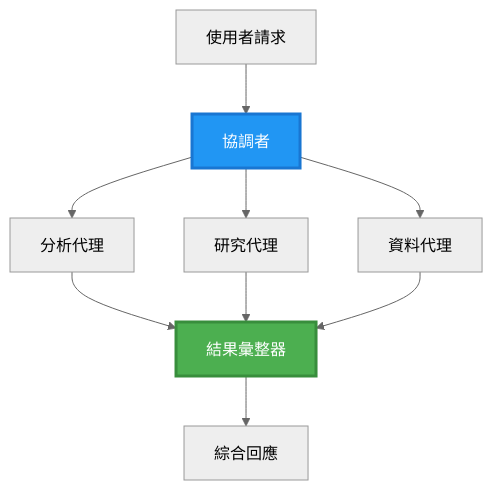
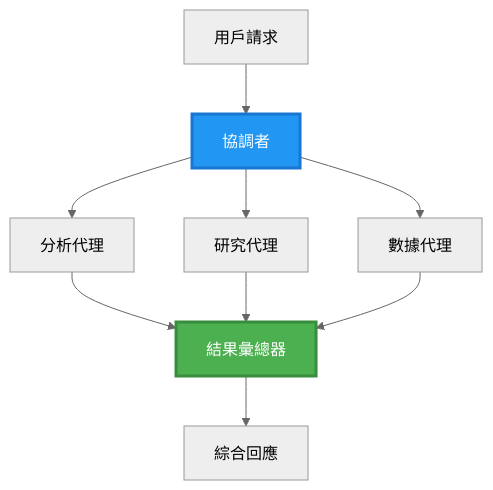
Before and after one commit to microsoft/AZD-for-beginners: the second of 6 diagrams in translations/zh-HK/docs/chapter-06-pre-deployment/coordination-patterns.md, drawn with Mermaid (neutral theme). The commit also changed other lines of this file and 101 other files, not shown here.

````diff
--- a/translations/zh-HK/docs/chapter-06-pre-deployment/coordination-patterns.md
+++ b/translations/zh-HK/docs/chapter-06-pre-deployment/coordination-patterns.md
@@ -106,22 +100,22 @@
 ```mermaid
 graph TB
-    User[使用者請求]
+    User[用戶請求]
     Orchestrator[協調者]
     Agent1[分析代理]
     Agent2[研究代理]
-    Agent3[資料代理]
-    Aggregator[結果彙整器]
+    Agent3[數據代理]
+    Aggregator[結果彙總器]
     Response[綜合回應]
     
     User --> Orchestrator
     Orchestrator --> Agent1
     Orchestrator --> Agent2
     Orchestrator --> Agent3
     Agent1 --> Aggregator
     Agent2 --> Aggregator
     Agent3 --> Aggregator
     Aggregator --> Response
     
     style Orchestrator fill:#2196F3,stroke:#1976D2,stroke-width:3px,color:#fff
     style Aggregator fill:#4CAF50,stroke:#388E3C,stroke-width:3px,color:#fff
 ```
````
